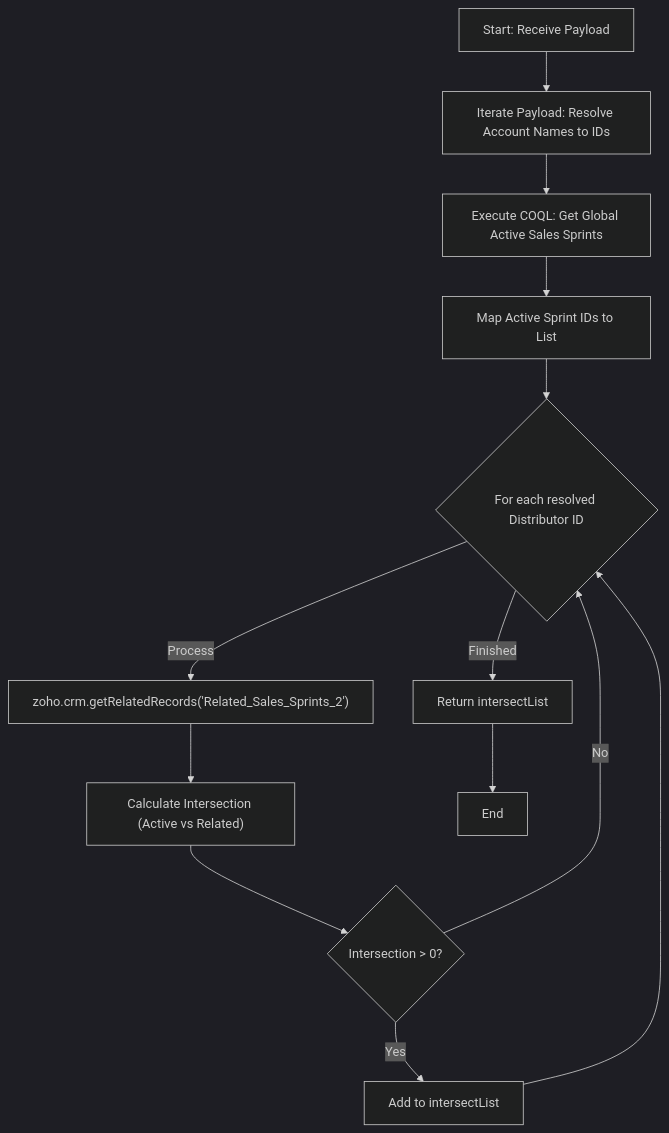
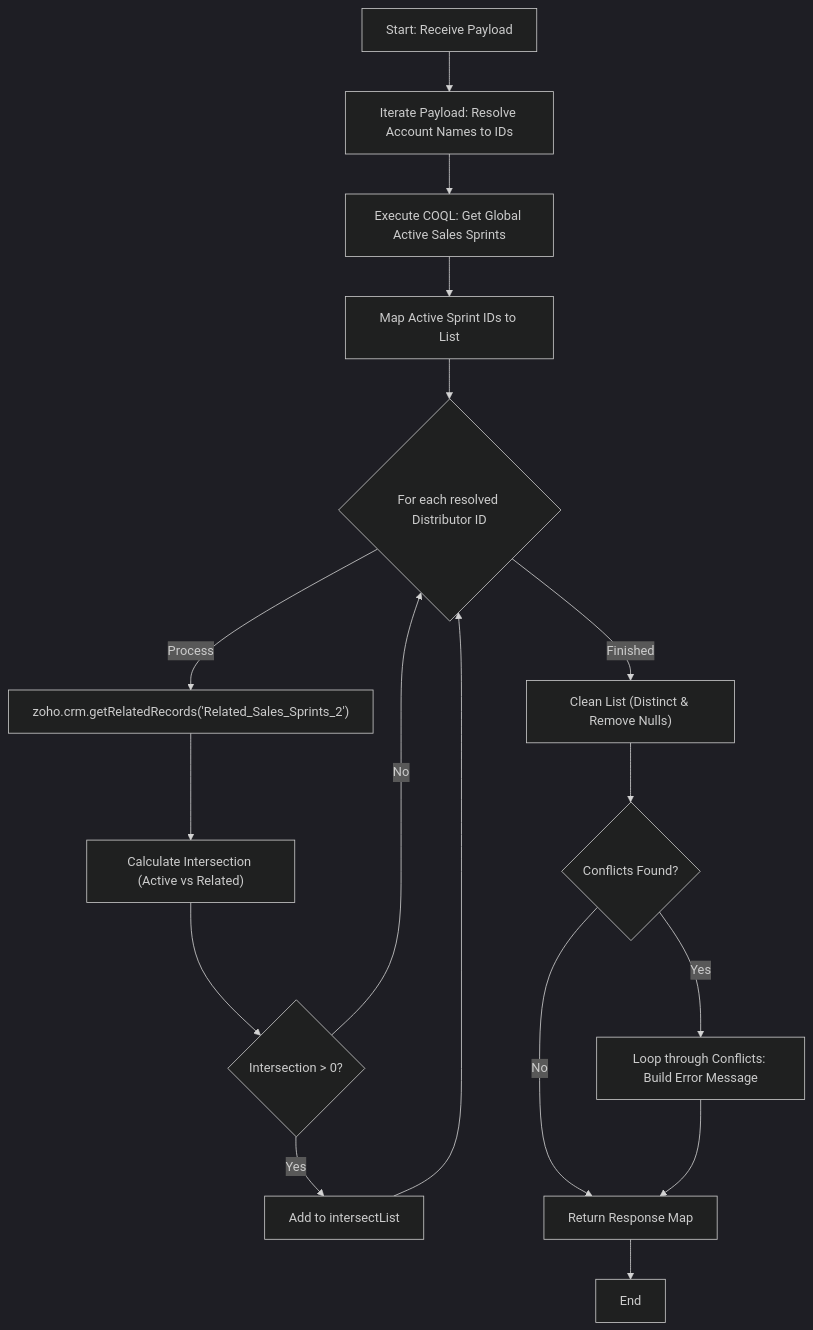
The diagram in scripts/delugeSendToActiveCampaignLimit/delugeSendToActiveCampaignLimit.md (martinkp93/zoho-scripts), drawn with Mermaid (dark theme) before and after one commit. The commit also changed other lines of this file, not shown here.

````diff
--- a/scripts/delugeSendToActiveCampaignLimit/delugeSendToActiveCampaignLimit.md
+++ b/scripts/delugeSendToActiveCampaignLimit/delugeSendToActiveCampaignLimit.md
@@ -36,15 +36,19 @@
 ```mermaid
 graph TD
     Start["Start: Receive Payload"] --> ResolveDistributors["Iterate Payload: Resolve Account Names to IDs"]
     ResolveDistributors --> COQLQuery["Execute COQL: Get Global Active Sales Sprints"]
     COQLQuery --> MapActiveIDs["Map Active Sprint IDs to List"]
     MapActiveIDs --> DistLoopStart{"For each resolved Distributor ID"}
     DistLoopStart -- "Process" --> GetRelated["zoho.crm.getRelatedRecords('Related_Sales_Sprints_2')"]
     GetRelated --> Intersect["Calculate Intersection (Active vs Related)"]
     Intersect --> CheckSize{"Intersection > 0?"}
     CheckSize -- "Yes" --> AddToList["Add to intersectList"]
     CheckSize -- "No" --> DistLoopStart
     AddToList --> DistLoopStart
-    DistLoopStart -- "Finished" --> ReturnPayload["Return intersectList"]
-    ReturnPayload --> End["End"]
+    DistLoopStart -- "Finished" --> CleanList["Clean List (Distinct & Remove Nulls)"]
+    CleanList --> ConflictCheck{"Conflicts Found?"}
+    ConflictCheck -- "Yes" --> BuildConflictMsg["Loop through Conflicts: Build Error Message"]
+    ConflictCheck -- "No" --> ReturnResponse["Return Response Map"]
+    BuildConflictMsg --> ReturnResponse
+    ReturnResponse --> End["End"]
 ```
````
